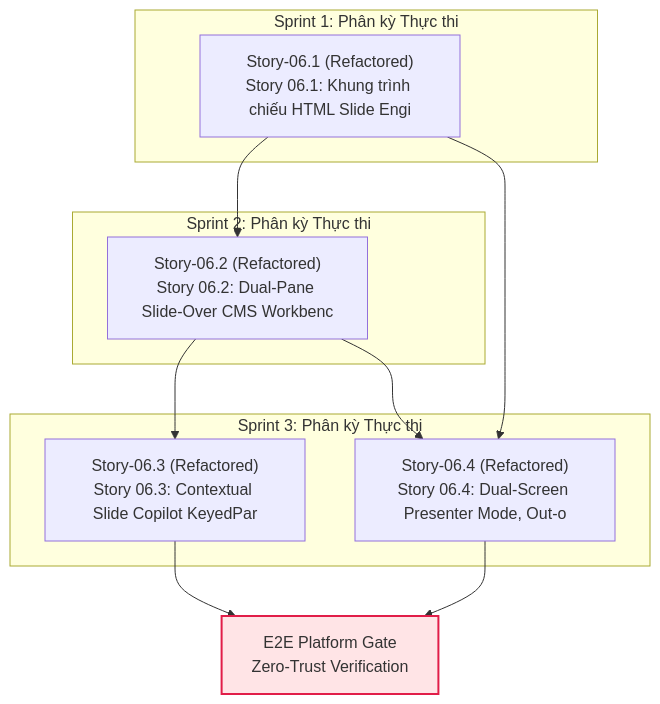
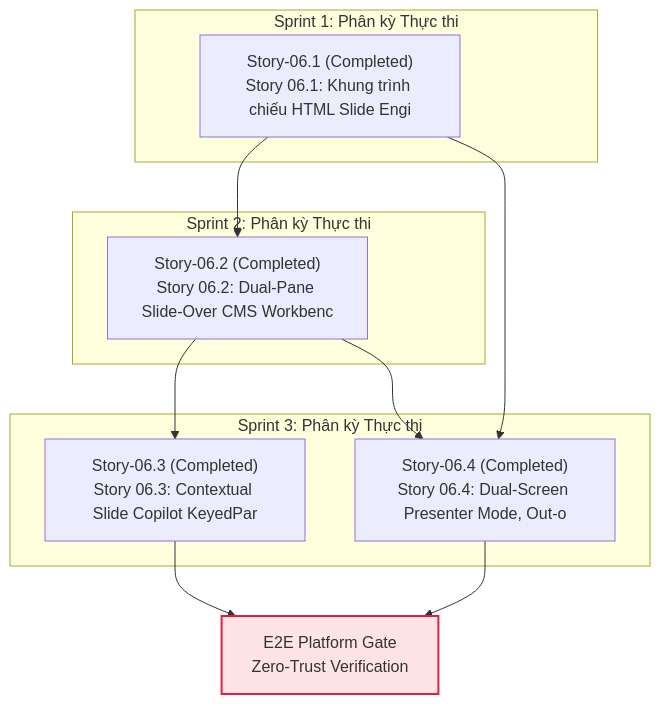
The diagram in _iwish-output/3. Development/1. Epic & Story/VS-03. HTML-Native 16:9 Presentation & Dual-Pane CMS Studio/Epic-06/epic.md (Nam123321/cowok-design), drawn with Mermaid before and after one commit. The commit also changed other lines of this file and 249 other files, not shown here.

Commit message:
feat(epic-06): HTML-Native 16:9 Presentation, Dual-Pane CMS, Slide Copilot, Presenter Mode, 9-lang i18n & SSOT reconciliation

````diff
--- a/_iwish-output/3. Development/1. Epic & Story/VS-03. HTML-Native 16:9 Presentation & Dual-Pane CMS Studio/Epic-06/epic.md
+++ b/_iwish-output/3. Development/1. Epic & Story/VS-03. HTML-Native 16:9 Presentation & Dual-Pane CMS Studio/Epic-06/epic.md
@@ -114,29 +114,28 @@
 ```mermaid
 flowchart TD
     subgraph S1["Sprint 1: Phân kỳ Thực thi"]
-        Story_06_1["Story-06.1 (Refactored)<br>Story 06.1: Khung trình chiếu HTML Slide Engi"]
+        Story_06_1["Story-06.1 (Completed)<br>Story 06.1: Khung trình chiếu HTML Slide Engi"]
     end
 
     subgraph S2["Sprint 2: Phân kỳ Thực thi"]
-        Story_06_2["Story-06.2 (Refactored)<br>Story 06.2: Dual-Pane Slide-Over CMS Workbenc"]
+        Story_06_2["Story-06.2 (Completed)<br>Story 06.2: Dual-Pane Slide-Over CMS Workbenc"]
     end
 
     subgraph S3["Sprint 3: Phân kỳ Thực thi"]
-        Story_06_3["Story-06.3 (Refactored)<br>Story 06.3: Contextual Slide Copilot KeyedPar"]
-        Story_06_4["Story-06.4 (Refactored)<br>Story 06.4: Dual-Screen Presenter Mode, Out-o"]
+        Story_06_3["Story-06.3 (Completed)<br>Story 06.3: Contextual Slide Copilot KeyedPar"]
+        Story_06_4["Story-06.4 (Completed)<br>Story 06.4: Dual-Screen Presenter Mode, Out-o"]
     end
 
     E2E_GATE["E2E Platform Gate<br>Zero-Trust Verification"]
     Story_06_1 --> Story_06_2
     Story_06_2 --> Story_06_3
     Story_06_1 --> Story_06_4
     Story_06_2 --> Story_06_4
     Story_06_3 --> E2E_GATE
     Story_06_4 --> E2E_GATE
 
     classDef completed fill:#dcfce7,stroke:#16a34a,stroke-width:2px;
-    classDef refactored fill:#fef3c7,stroke:#d97706,stroke-width:2px;
     classDef backlog fill:#f1f5f9,stroke:#64748b,stroke-width:2px;
     classDef gate fill:#ffe4e6,stroke:#e11d48,stroke-width:2px;
     class E2E_GATE gate;
 ```
````
